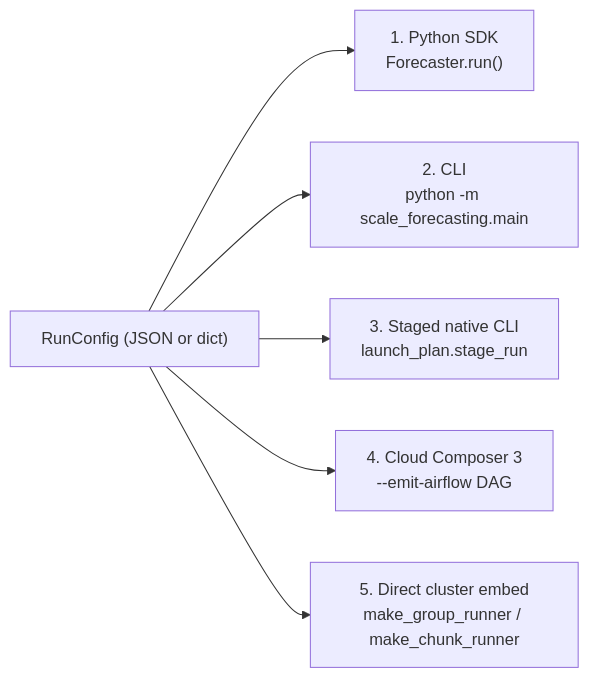
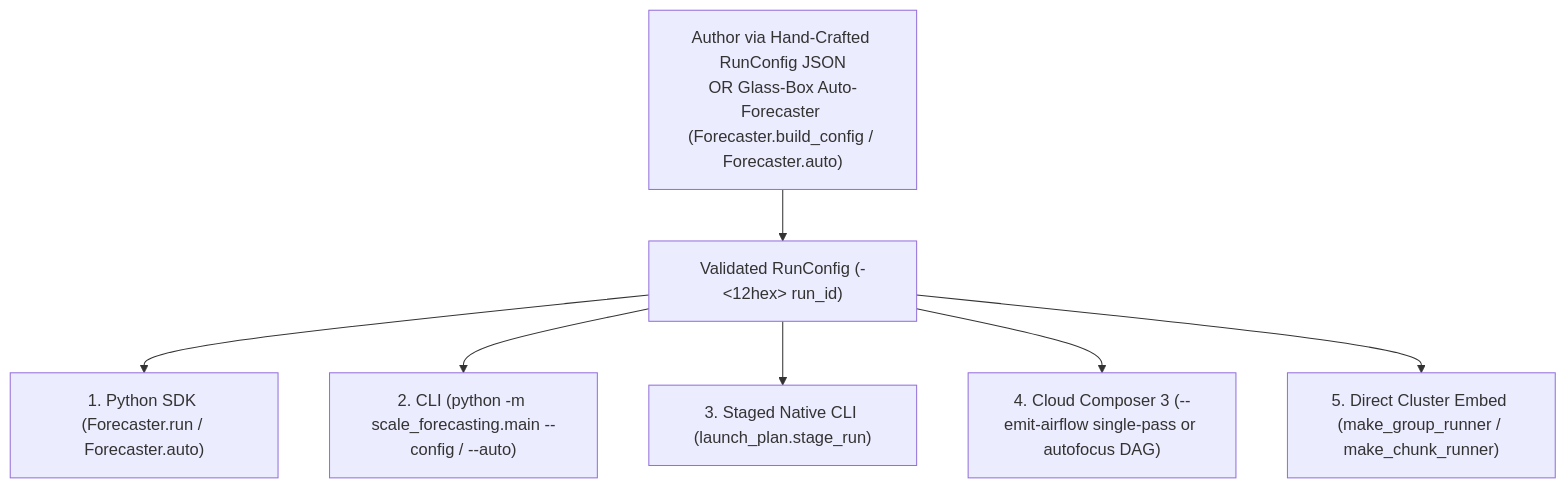
Before and after one commit to statmike/scale-forecasting: the second of 3 diagrams in docs/overview.md, drawn with Mermaid. The commit also changed other lines of this file and 45 other files, not shown here.

Commit message:
feat(auto,sdk,mcp,docs): add Glass-Box Auto-Forecaster, multi-branch autofocus, 18 DGPs & 7-Question Practitioner Assessment

````diff
--- a/docs/overview.md
+++ b/docs/overview.md
@@ -130,8 +132,9 @@
 ```mermaid
-flowchart LR
-    cfg["RunConfig (JSON or dict)"] --> E1["1. Python SDK<br/>Forecaster.run()"]
-    cfg --> E2["2. CLI<br/>python -m scale_forecasting.main"]
-    cfg --> E3["3. Staged native CLI<br/>launch_plan.stage_run"]
-    cfg --> E4["4. Cloud Composer 3<br/>--emit-airflow DAG"]
-    cfg --> E5["5. Direct cluster embed<br/>make_group_runner / make_chunk_runner"]
+flowchart TD
+    src["Author via Hand-Crafted RunConfig JSON<br/>OR Glass-Box Auto-Forecaster (Forecaster.build_config / Forecaster.auto)"] --> cfg["Validated RunConfig (<slug>-<12hex> run_id)"]
+    cfg --> E1["1. Python SDK (Forecaster.run / Forecaster.auto)"]
+    cfg --> E2["2. CLI (python -m scale_forecasting.main --config / --auto)"]
+    cfg --> E3["3. Staged Native CLI (launch_plan.stage_run)"]
+    cfg --> E4["4. Cloud Composer 3 (--emit-airflow single-pass or autofocus DAG)"]
+    cfg --> E5["5. Direct Cluster Embed (make_group_runner / make_chunk_runner)"]
 ```
````
